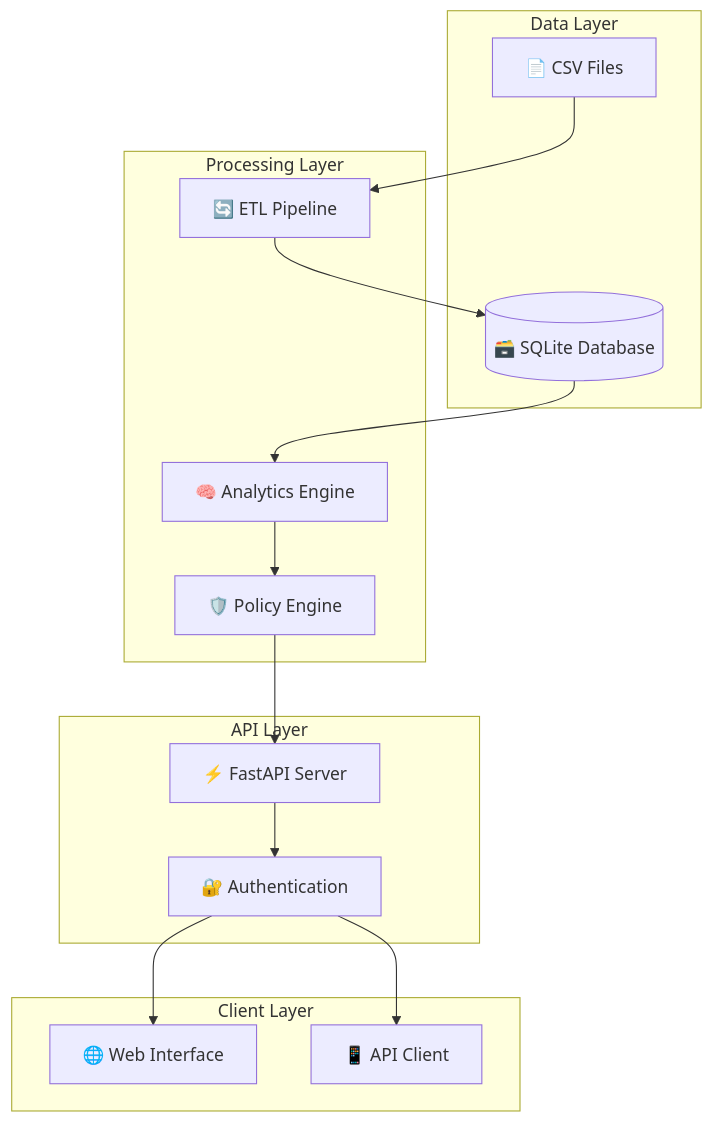
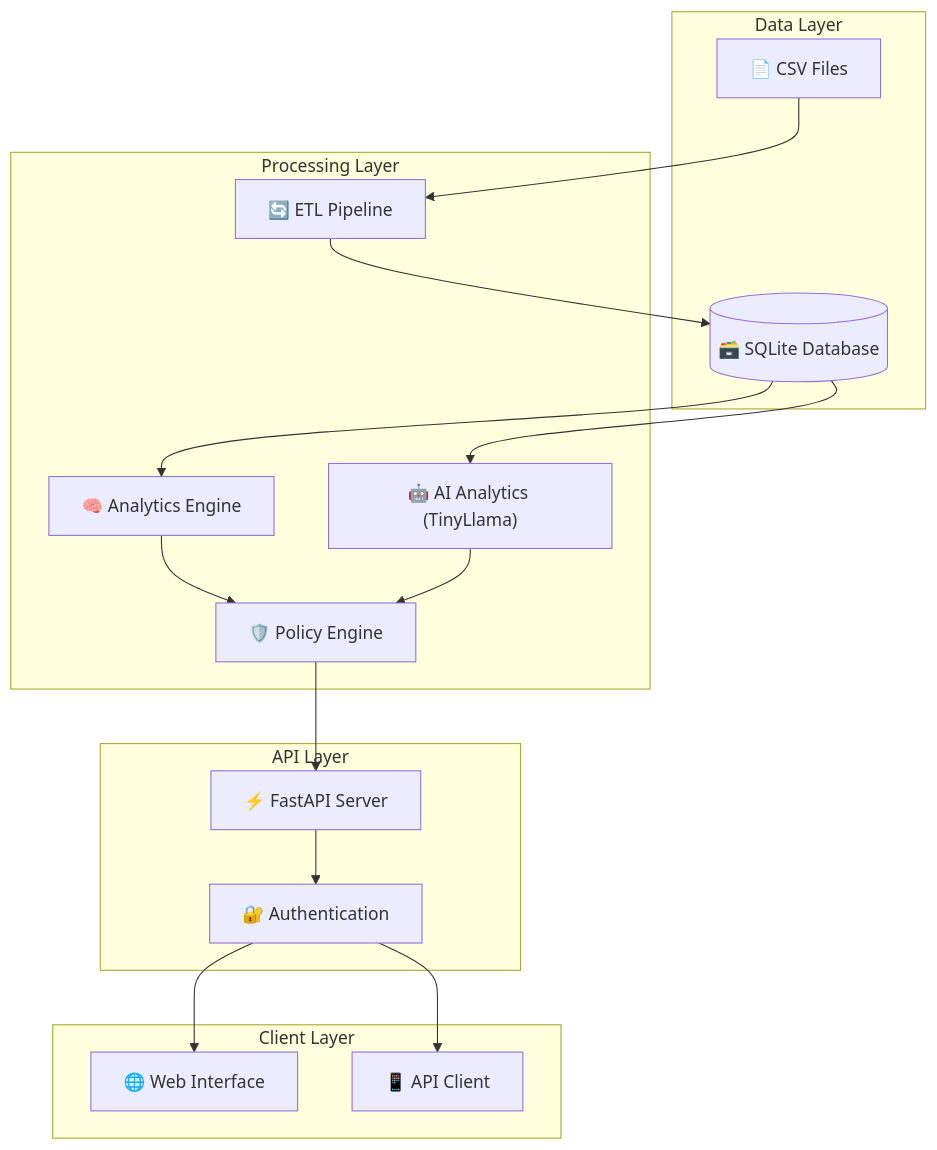
The diagram in README.md (VIKAS9793/moatmetrics), drawn with Mermaid before and after one commit. The commit also changed other lines of this file and 36 other files, not shown here.

````diff
--- a/README.md
+++ b/README.md
@@ -66,32 +70,35 @@
 ```mermaid
 flowchart TB
     subgraph "Data Layer"
         CSV["📄 CSV Files"]
         DB[("🗃️ SQLite Database")]
     end
     
     subgraph "Processing Layer"
         ETL["🔄 ETL Pipeline"]
         Analytics["🧠 Analytics Engine"]
+        AI["🤖 AI Analytics (TinyLlama)"]
         Governance["🛡️ Policy Engine"]
     end
     
     subgraph "API Layer"
         FastAPI["⚡ FastAPI Server"]
         Auth["🔐 Authentication"]
     end
     
     subgraph "Client Layer"
         WebUI["🌐 Web Interface"]
         API_Client["📱 API Client"]
     end
     
     CSV --> ETL
     ETL --> DB
     DB --> Analytics
+    DB --> AI
     Analytics --> Governance
+    AI --> Governance
     Governance --> FastAPI
     FastAPI --> Auth
     Auth --> WebUI
     Auth --> API_Client
 ```
````
